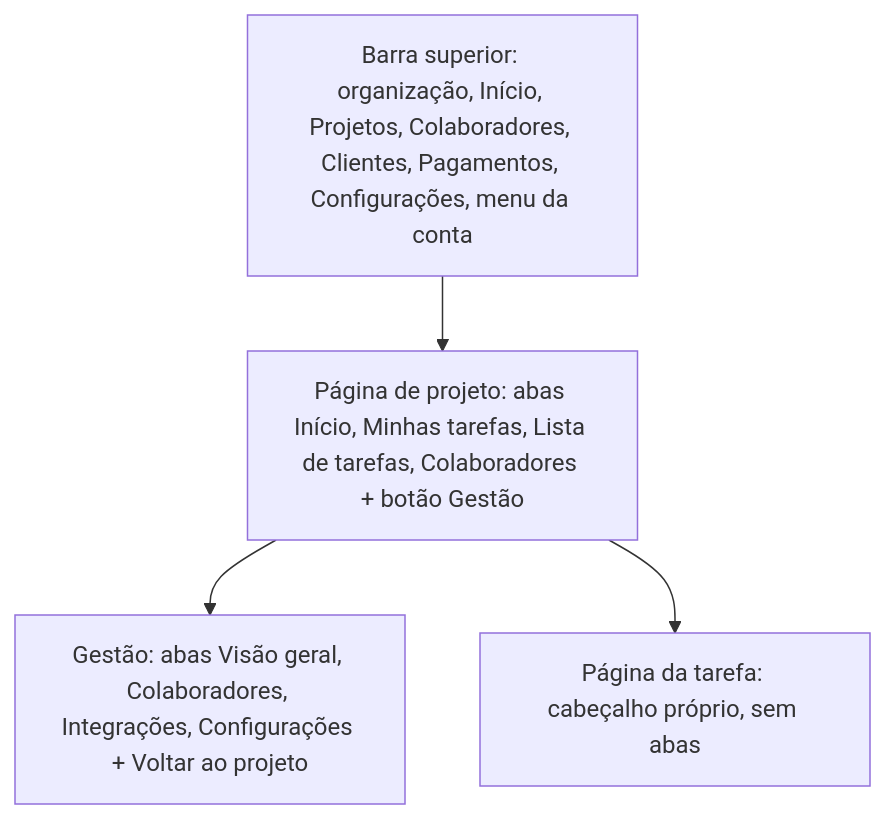
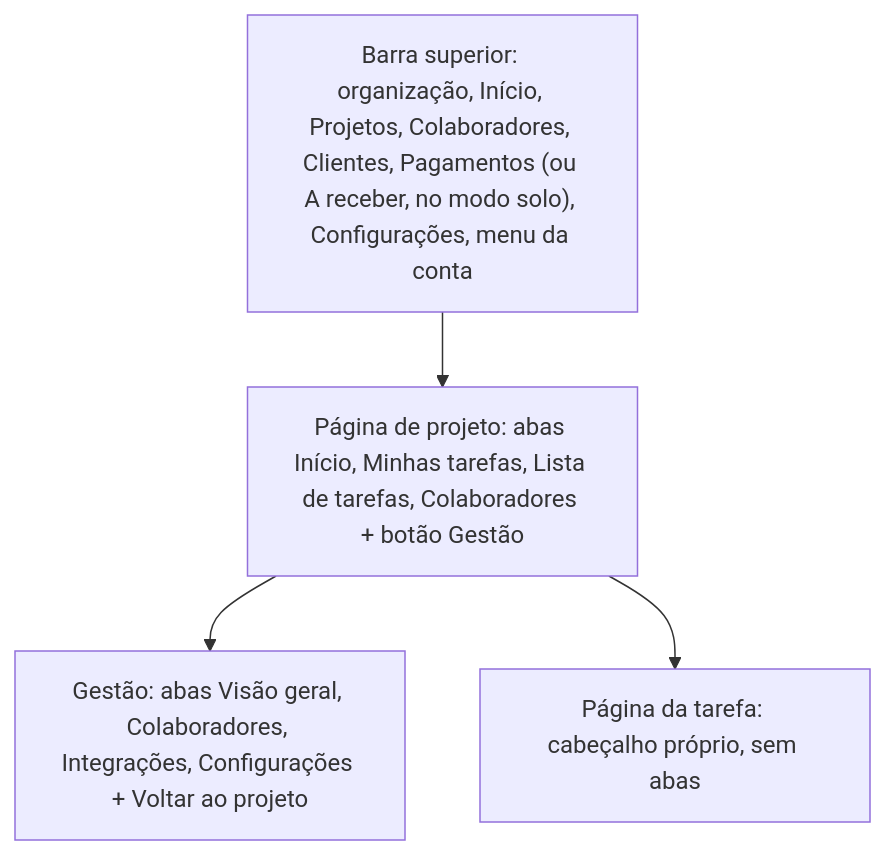
Before and after one commit to itallovidal/working-time-tracker: the diagram in _docs/frontend/patterns.md, drawn with Mermaid. The commit also changed other lines of this file and 137 other files, not shown here.

````diff
--- a/_docs/frontend/patterns.md
+++ b/_docs/frontend/patterns.md
@@ -9,7 +9,7 @@
 ```mermaid
 flowchart TB
-    top["Barra superior: organização, Início, Projetos, Colaboradores, Clientes, Pagamentos, Configurações, menu da conta"]
+    top["Barra superior: organização, Início, Projetos, Colaboradores, Clientes, Pagamentos (ou A receber, no modo solo), Configurações, menu da conta"]
     top --> proj["Página de projeto: abas Início, Minhas tarefas, Lista de tarefas, Colaboradores + botão Gestão"]
     proj --> mgmt["Gestão: abas Visão geral, Colaboradores, Integrações, Configurações + Voltar ao projeto"]
     proj --> task["Página da tarefa: cabeçalho próprio, sem abas"]
 ```
````
